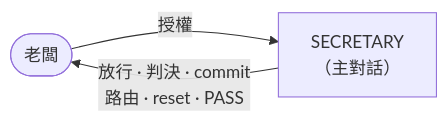
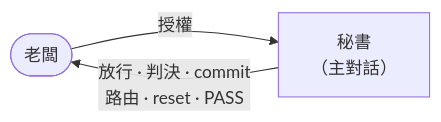
The fifth of 8 diagrams in skills/shiftblame/SKILL.md (teps3105/shiftblame), drawn with Mermaid before and after one commit. The commit also changed other lines of this file and 29 other files, not shown here.

````diff
--- a/skills/shiftblame/SKILL.md
+++ b/skills/shiftblame/SKILL.md
@@ -255,5 +251,5 @@
 ```mermaid
 flowchart LR
-    Boss(["老闆"]) -->|授權| SEC["SECRETARY<br/>（主對話）"]
+    Boss(["老闆"]) -->|授權| SEC["秘書<br/>（主對話）"]
     SEC -->|放行 · 判決 · commit<br/>路由 · reset · PASS| Boss
 ```
````
